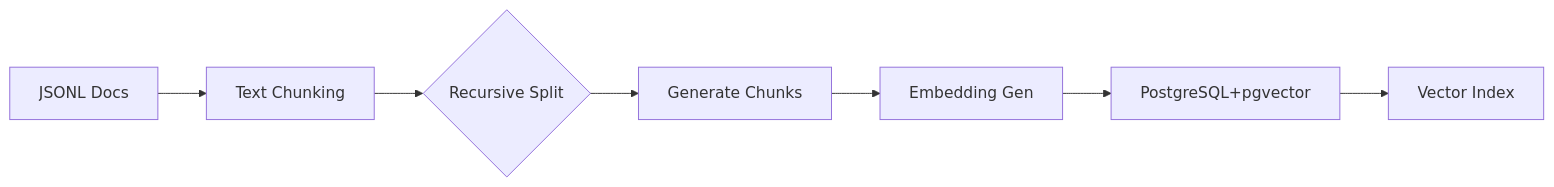
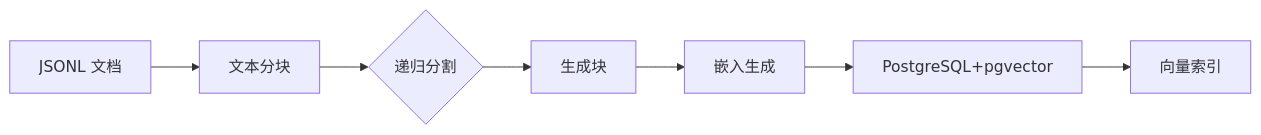
One commit to YiWang24/AiDIY changed the diagram in i18n/zh-Hans/docusaurus-plugin-content-docs/current/projects/kb-rag-system.md. Above: the diagram before and after it, drawn with Mermaid. The commit also changed other lines of this file and 7 other files, not shown here.

````diff
--- a/i18n/zh-Hans/docusaurus-plugin-content-docs/current/projects/kb-rag-system.md
+++ b/i18n/zh-Hans/docusaurus-plugin-content-docs/current/projects/kb-rag-system.md
@@ -311,9 +311,9 @@
 ```mermaid
 graph LR
-    A[JSONL Docs] --> B[Text Chunking]
-    B --> C{Recursive Split}
-    C --> D[Generate Chunks]
-    D --> E[Embedding Gen]
+    A[JSONL 文档] --> B[文本分块]
+    B --> C{递归分割}
+    C --> D[生成块]
+    D --> E[嵌入生成]
     E --> F[PostgreSQL+pgvector]
-    F --> G[Vector Index]
+    F --> G[向量索引]
 ```
````
